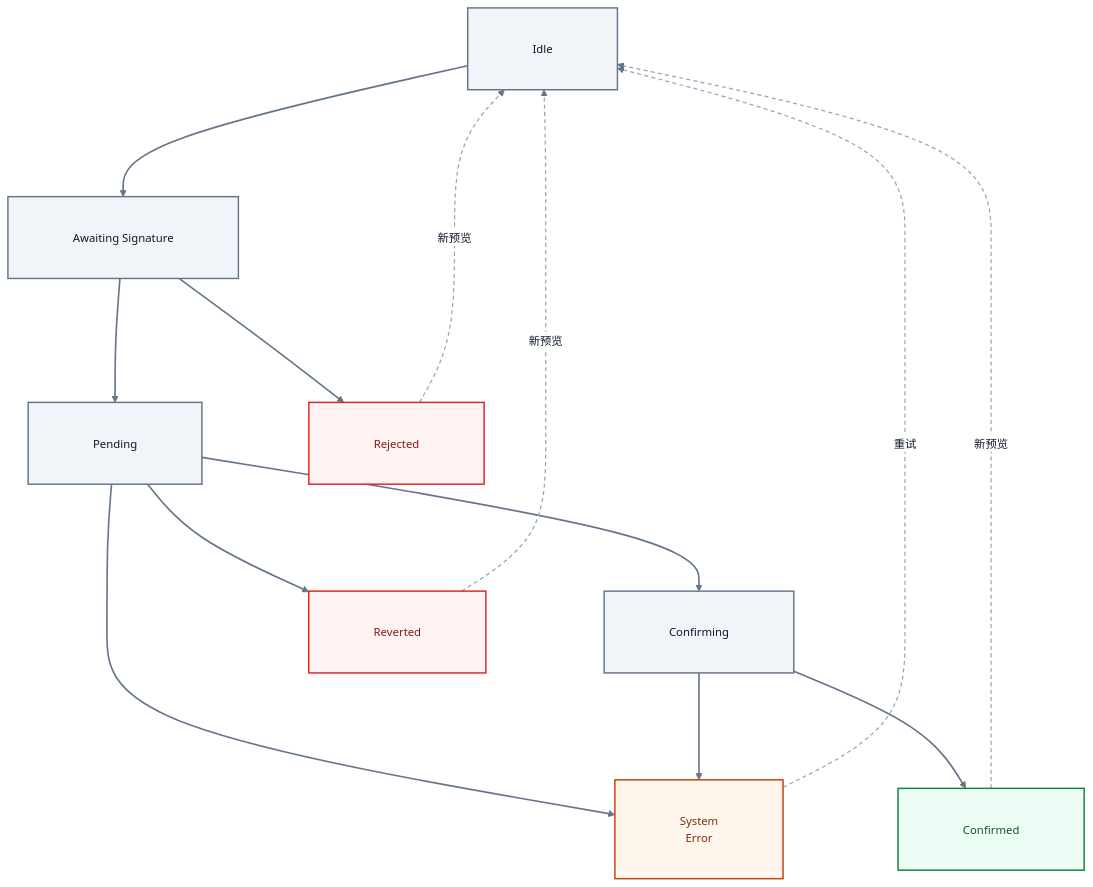
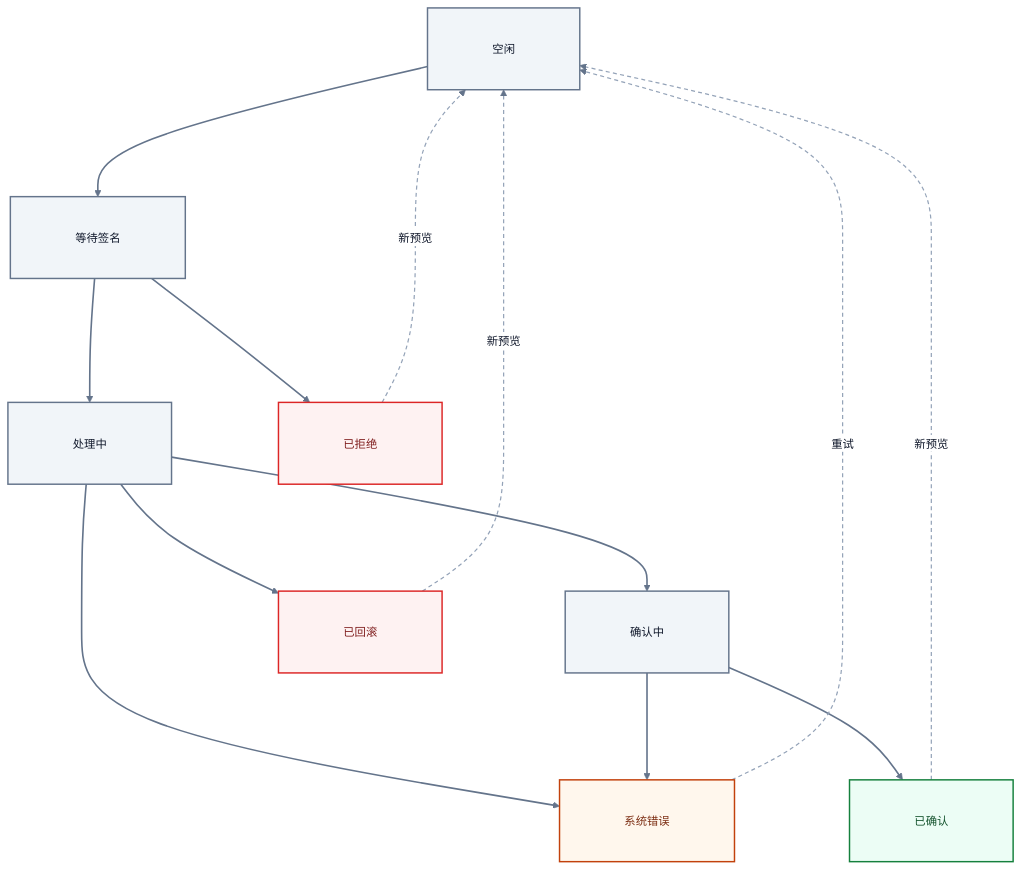
The seventh of 8 diagrams in README.md (sunshineluyao/Moss-Mcp-Transaction), drawn with Mermaid before and after one commit. The commit also changed other lines of this file, not shown here.

Commit message:
docs: localize CN mermaid status chart and remove edge labels

````diff
--- a/README.md
+++ b/README.md
@@ -730,30 +730,30 @@
 ```mermaid
 %%{init: {'theme':'base','flowchart': {'htmlLabels': true, 'nodeSpacing': 132, 'rankSpacing': 132, 'curve': 'basis', 'padding': 40, 'diagramPadding': 32, 'wrappingWidth': 320},'themeVariables': {'fontFamily':'Inter, Segoe UI, sans-serif','fontSize':'14px','primaryTextColor':'#0f172a','lineColor':'#64748b','clusterBkg':'#f8fafc','clusterBorder':'#cbd5e1','edgeLabelBackground':'#ffffff','primaryBorderColor':'#2563eb','primaryColor':'#eff6ff'}}}%%
 flowchart TB
-  Idle["Idle"] --> Awaiting["Awaiting Signature"]
-  Awaiting --> Pending["Pending"]
-  Awaiting --> Rejected["Rejected"]
+  Idle["空闲"] --> Awaiting["等待签名"]
+  Awaiting --> Pending["处理中"]
+  Awaiting --> Rejected["已拒绝"]
 
-  Pending --> Confirming["Confirming"]
-  Confirming --> Confirmed["Confirmed"]
-  Pending --> Reverted["Reverted"]
-  Pending --> SystemError["System<br/>Error"]
+  Pending --> Confirming["确认中"]
+  Confirming --> Confirmed["已确认"]
+  Pending --> Reverted["已回滚"]
+  Pending --> SystemError["系统错误"]
   Confirming --> SystemError
 
   Rejected -.->|新预览| Idle
   Reverted -.->|新预览| Idle
   SystemError -.->|重试| Idle
   Confirmed -.->|新预览| Idle
 
   classDef neutral fill:#f1f5f9,stroke:#64748b,stroke-width:1.8px,color:#0f172a;
   classDef success fill:#ecfdf5,stroke:#15803d,stroke-width:1.8px,color:#14532d;
   classDef danger fill:#fef2f2,stroke:#dc2626,stroke-width:1.8px,color:#7f1d1d;
   classDef warn fill:#fff7ed,stroke:#c2410c,stroke-width:1.8px,color:#7c2d12;
 
   class Idle,Awaiting,Pending,Confirming neutral;
   class Confirmed success;
   class Rejected,Reverted danger;
   class SystemError warn;
   linkStyle 8,9,10,11 stroke:#94a3b8,stroke-width:1.5px,stroke-dasharray:5 4;
   linkStyle default stroke:#64748b,stroke-width:2px;
 ```
````
